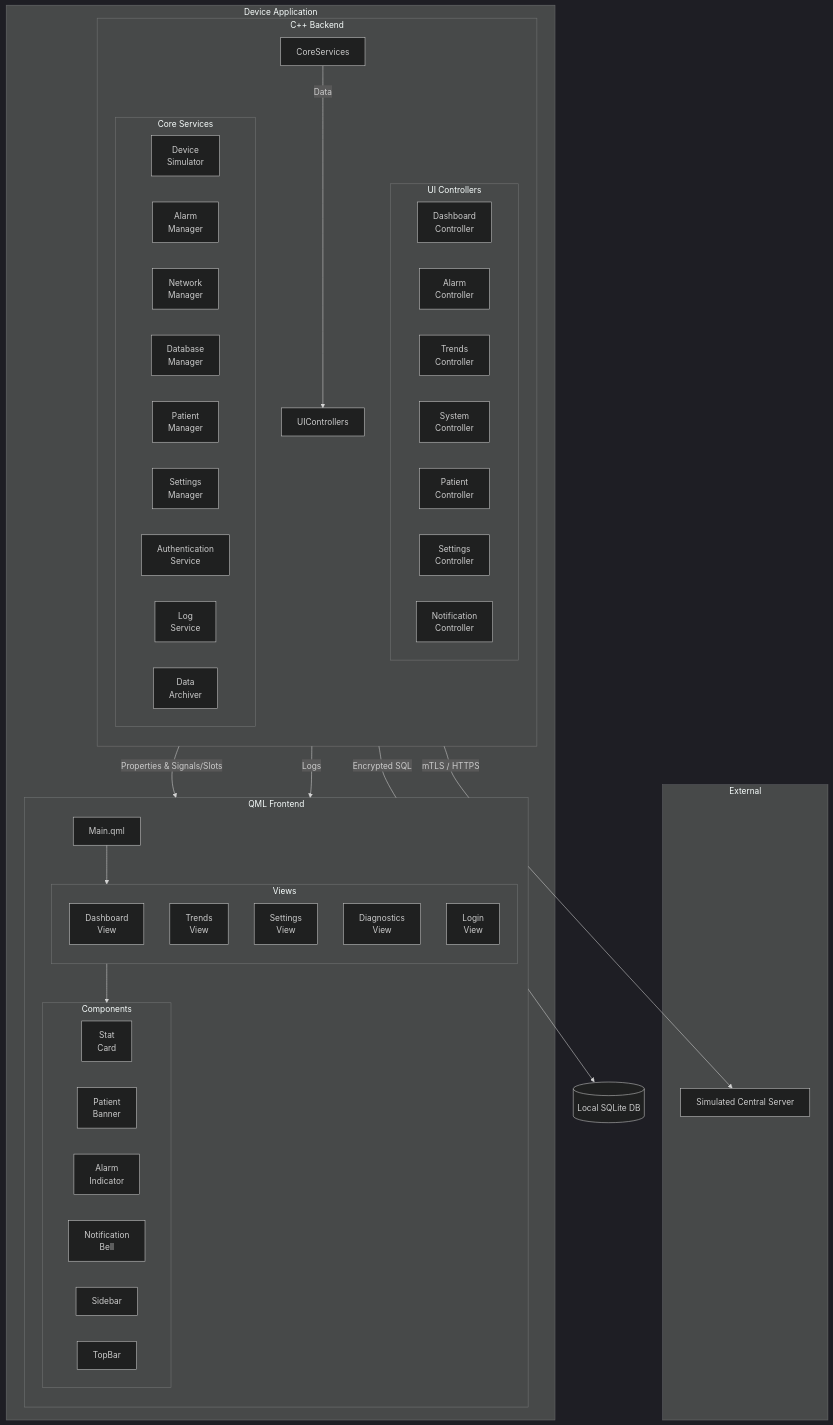
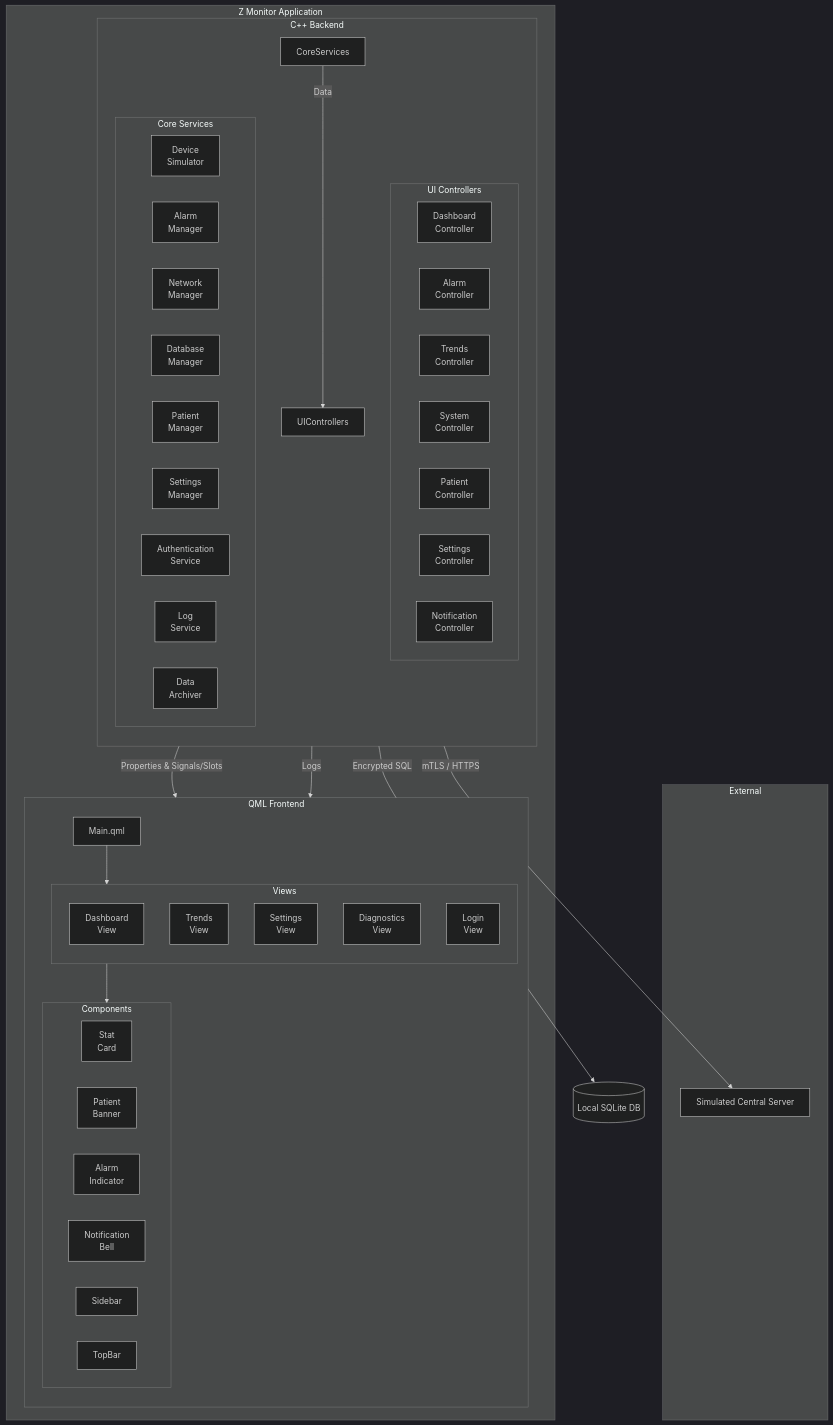
The diagram in project-dashboard/doc/02_ARCHITECTURE.mmd (ngdzu/qtapp), drawn with Mermaid (dark theme) before and after one commit. The commit also changed 21 other files, not shown here.

Commit message:
Rename Medical Device dashboard to Z monitor

```diff
--- a/project-dashboard/doc/02_ARCHITECTURE.mmd
+++ b/project-dashboard/doc/02_ARCHITECTURE.mmd
@@ -1,63 +1,63 @@
 graph TD
-    subgraph Device Application
+    subgraph Z Monitor Application
         subgraph C++ Backend
             direction TB
             subgraph UI Controllers
                 direction LR
                 DashboardController[Dashboard<br/>Controller]
                 AlarmController[Alarm<br/>Controller]
                 TrendsController[Trends<br/>Controller]
                 SystemController[System<br/>Controller]
                 PatientController[Patient<br/>Controller]
                 SettingsController[Settings<br/>Controller]
                 NotificationController[Notification<br/>Controller]
             end
 
             subgraph Core Services
                 direction LR
                 DeviceSimulator[Device<br/>Simulator]
                 AlarmManager[Alarm<br/>Manager]
                 NetworkManager[Network<br/>Manager]
                 DatabaseManager[Database<br/>Manager]
                 PatientManager[Patient<br/>Manager]
                 SettingsManager[Settings<br/>Manager]
                 AuthenticationService[Authentication<br/>Service]
                 LogService[Log<br/>Service]
                 DataArchiver[Data<br/>Archiver]
             end
 
             CoreServices -- Data --> UIControllers
         end
 
         subgraph QML Frontend
             direction TB
             MainQML[Main.qml]
             subgraph Views
                 DashboardView[Dashboard<br/>View]
                 TrendsView[Trends<br/>View]
                 SettingsView[Settings<br/>View]
                 DiagnosticsView[Diagnostics<br/>View]
                 LoginView[Login<br/>View]
             end
             subgraph Components
                 StatCard[Stat<br/>Card]
                 PatientBanner[Patient<br/>Banner]
                 AlarmIndicator[Alarm<br/>Indicator]
                 NotificationBell[Notification<br/>Bell]
                 Sidebar[Sidebar]
                 TopBar[TopBar]
             end
         end
 
         UIControllers -- Properties & Signals/Slots --> MainQML
         MainQML --> Views
         Views --> Components
     end
 
     subgraph External
         CentralServer[Simulated Central Server]
     end
 
     NetworkManager -- mTLS / HTTPS --> CentralServer
     DatabaseManager -- Encrypted SQL --> LocalStorage[(Local SQLite DB)]
     LogService -- Logs --> DiagnosticsView
```
